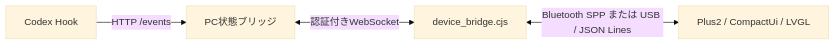
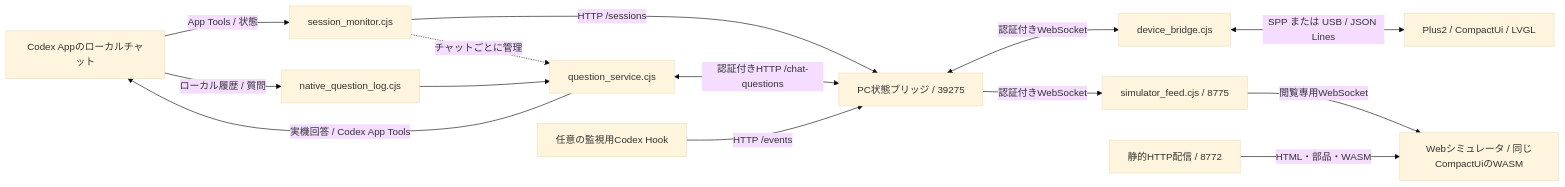
Before and after one commit to ThousandsOfTies/GarVibeRemote-M5StickC: the first of 2 diagrams in docs/DEVICE_CONNECTION.md, drawn with Mermaid (base theme). The commit also changed other lines of this file and 3 other files, not shown here.

Commit message:
docs: clarify current firmware boundaries and complete data flow

````diff
--- a/docs/DEVICE_CONNECTION.md
+++ b/docs/DEVICE_CONNECTION.md
@@ -6,6 +6,16 @@
 ```mermaid
 flowchart LR
-    Hook[Codex Hook] -->|HTTP /events| Status[PC状態ブリッジ]
+    App[Codex Appのローカルチャット] -->|App Tools / 状態| Monitor[session_monitor.cjs]
+    App -->|ローカル履歴 / 質問| Log[native_question_log.cjs]
+    Monitor -->|HTTP /sessions| Status[PC状態ブリッジ / 39275]
+    Monitor -.->|チャットごとに管理| Questions[question_service.cjs]
+    Log --> Questions
+    Questions <-->|認証付きHTTP /chat-questions| Status
+    Questions -->|実機回答 / Codex App Tools| App
+    Hook[任意の監視用Codex Hook] -->|HTTP /events| Status
     Status <-->|認証付きWebSocket| Device[device_bridge.cjs]
-    Device <-->|Bluetooth SPP または USB / JSON Lines| Plus2[Plus2 / CompactUi / LVGL]
+    Device <-->|SPP または USB / JSON Lines| Plus2[Plus2 / CompactUi / LVGL]
+    Status -->|認証付きWebSocket| Feed[simulator_feed.cjs / 8775]
+    Feed -->|閲覧専用WebSocket| Web[Webシミュレータ / 同じCompactUiのWASM]
+    HTTP[静的HTTP配信 / 8772] -->|HTML・部品・WASM| Web
 ```
````
